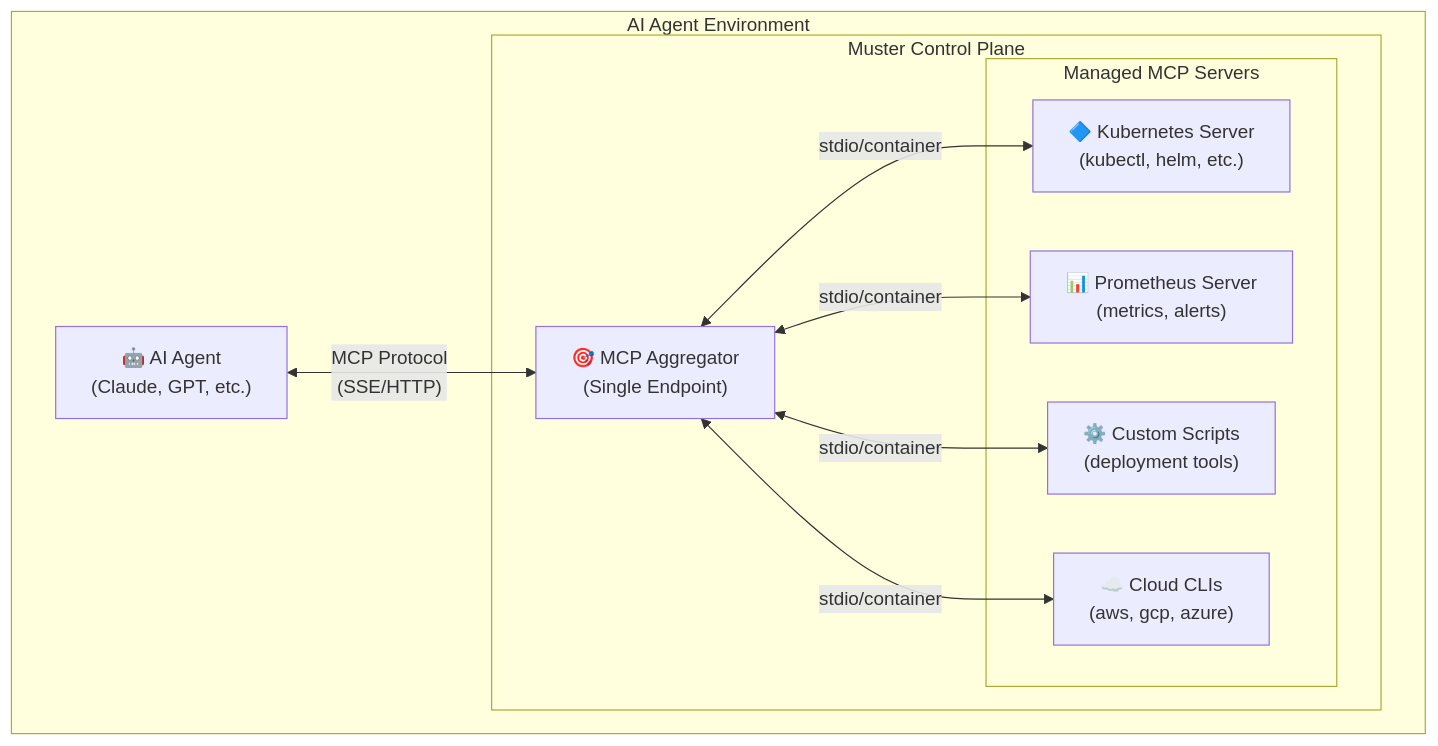
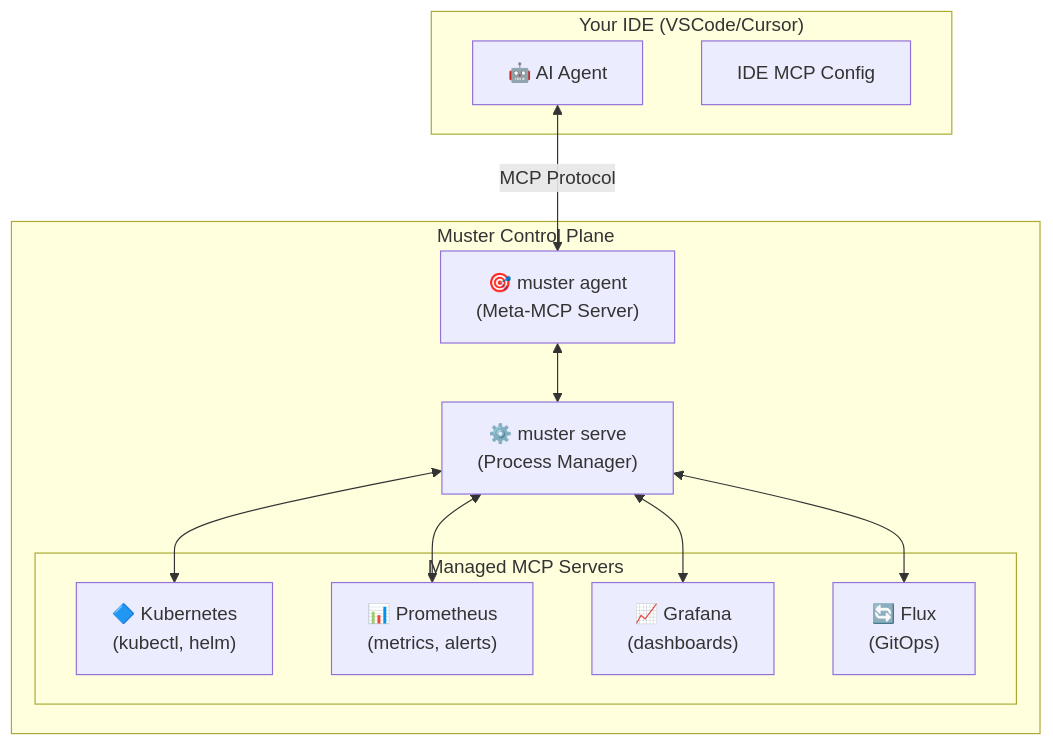
One commit to giantswarm/muster changed the diagram in README.md. Above: the diagram before and after it, drawn with Mermaid. The commit also changed other lines of this file, not shown here.

````diff
--- a/README.md
+++ b/README.md
@@ -33,23 +35,26 @@
 ```mermaid
 graph TD
-    subgraph "AI Agent Environment"
-        Agent["🤖 AI Agent<br/>(Claude, GPT, etc.)"]
+    subgraph "Your IDE (VSCode/Cursor)"
+        Agent["🤖 AI Agent"]
+        IDE["IDE MCP Config"]
+    end
+    
+    subgraph "Muster Control Plane"
+        MusterAgent["🎯 muster agent<br/>(Meta-MCP Server)"]
+        MusterServe["⚙️ muster serve<br/>(Process Manager)"]
         
-        subgraph "Muster Control Plane"
-            Aggregator["🎯 MCP Aggregator<br/>(Single Endpoint)"]
-            
-            subgraph "Managed MCP Servers"
-                K8s["🔷 Kubernetes Server<br/>(kubectl, helm, etc.)"]
-                Prom["📊 Prometheus Server<br/>(metrics, alerts)"]
-                Custom["⚙️ Custom Scripts<br/>(deployment tools)"]
-                Cloud["☁️ Cloud CLIs<br/>(aws, gcp, azure)"]
-            end
+        subgraph "Managed MCP Servers"
+            K8s["🔷 Kubernetes<br/>(kubectl, helm)"]
+            Prom["📊 Prometheus<br/>(metrics, alerts)"] 
+            Grafana["📈 Grafana<br/>(dashboards)"]
+            Flux["🔄 Flux<br/>(GitOps)"]
         end
     end
 
-    Agent <-->|"MCP Protocol<br/>(SSE/HTTP)"| Aggregator
-    Aggregator <-->|"stdio/container"| K8s
-    Aggregator <-->|"stdio/container"| Prom  
-    Aggregator <-->|"stdio/container"| Custom
-    Aggregator <-->|"stdio/container"| Cloud
+    Agent <-->|"MCP Protocol"| MusterAgent
+    MusterAgent <--> MusterServe
+    MusterServe <--> K8s
+    MusterServe <--> Prom
+    MusterServe <--> Grafana  
+    MusterServe <--> Flux
 ```
````
